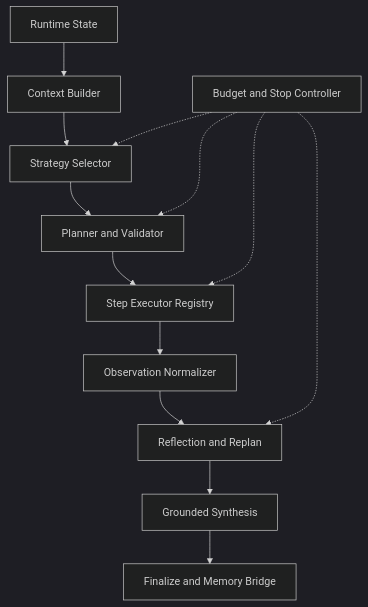
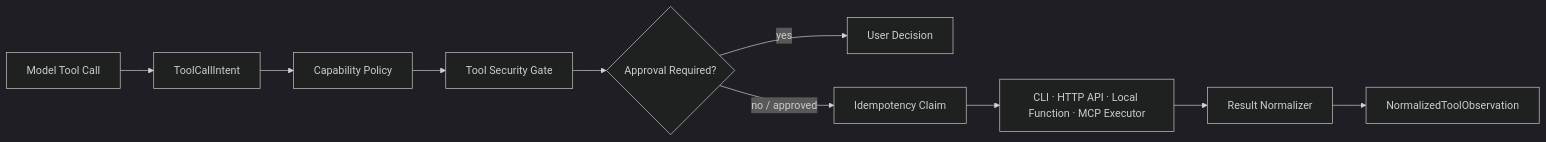
One commit to ProfessorZhi/Zuno changed the fourth of 4 diagrams in docs/architecture/architecture.md. Above: the diagram before and after it, drawn with Mermaid (dark theme). The commit also changed other lines of this file, not shown here.

Commit message:
Rewrite target architecture as text-first lean enterprise design

````diff
--- a/docs/architecture/architecture.md
+++ b/docs/architecture/architecture.md
@@ -915,12 +906,12 @@
 ```mermaid
-flowchart TB
-  State[Runtime State] --> Context[Context Builder]
-  Context --> Strategy[Strategy Selector]
-  Strategy --> Planner[Planner and Validator]
-  Planner --> Executor[Step Executor Registry]
-  Executor --> Observe[Observation Normalizer]
-  Observe --> Reflect[Reflection and Replan]
-  Reflect --> Synthesis[Grounded Synthesis]
-  Synthesis --> Finalize[Finalize and Memory Bridge]
-  Limits[Budget and Stop Controller] -.-> Strategy & Planner & Executor & Reflect
+flowchart LR
+  Model[Model Tool Call] --> Intent[ToolCallIntent]
+  Intent --> Policy[Capability Policy]
+  Policy --> Security[Tool Security Gate]
+  Security --> Approval{Approval Required?}
+  Approval -->|yes| User[User Decision]
+  Approval -->|no / approved| Claim[Idempotency Claim]
+  Claim --> Executor[CLI · HTTP API · Local Function · MCP Executor]
+  Executor --> Normalize[Result Normalizer]
+  Normalize --> Observation[NormalizedToolObservation]
 ```
````
